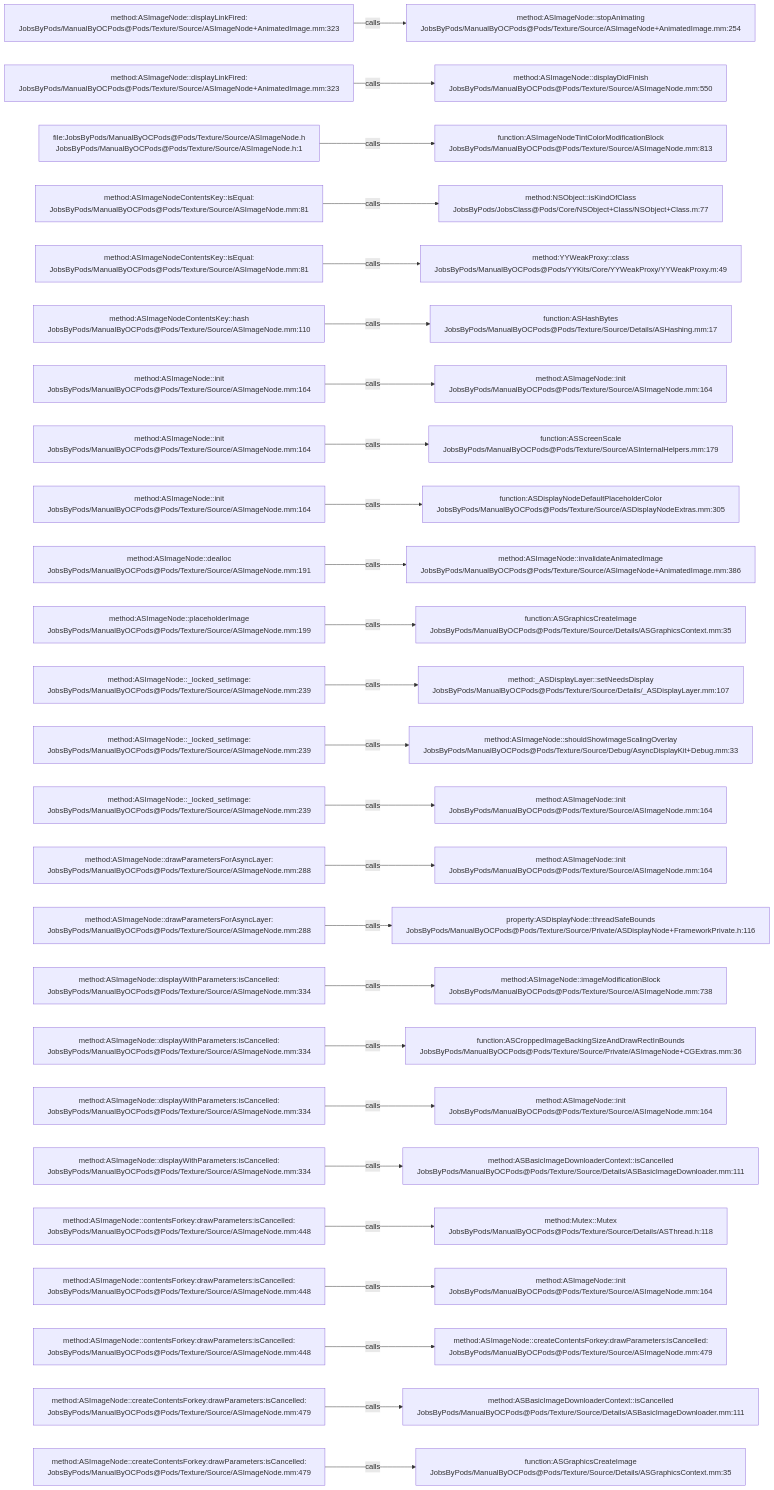
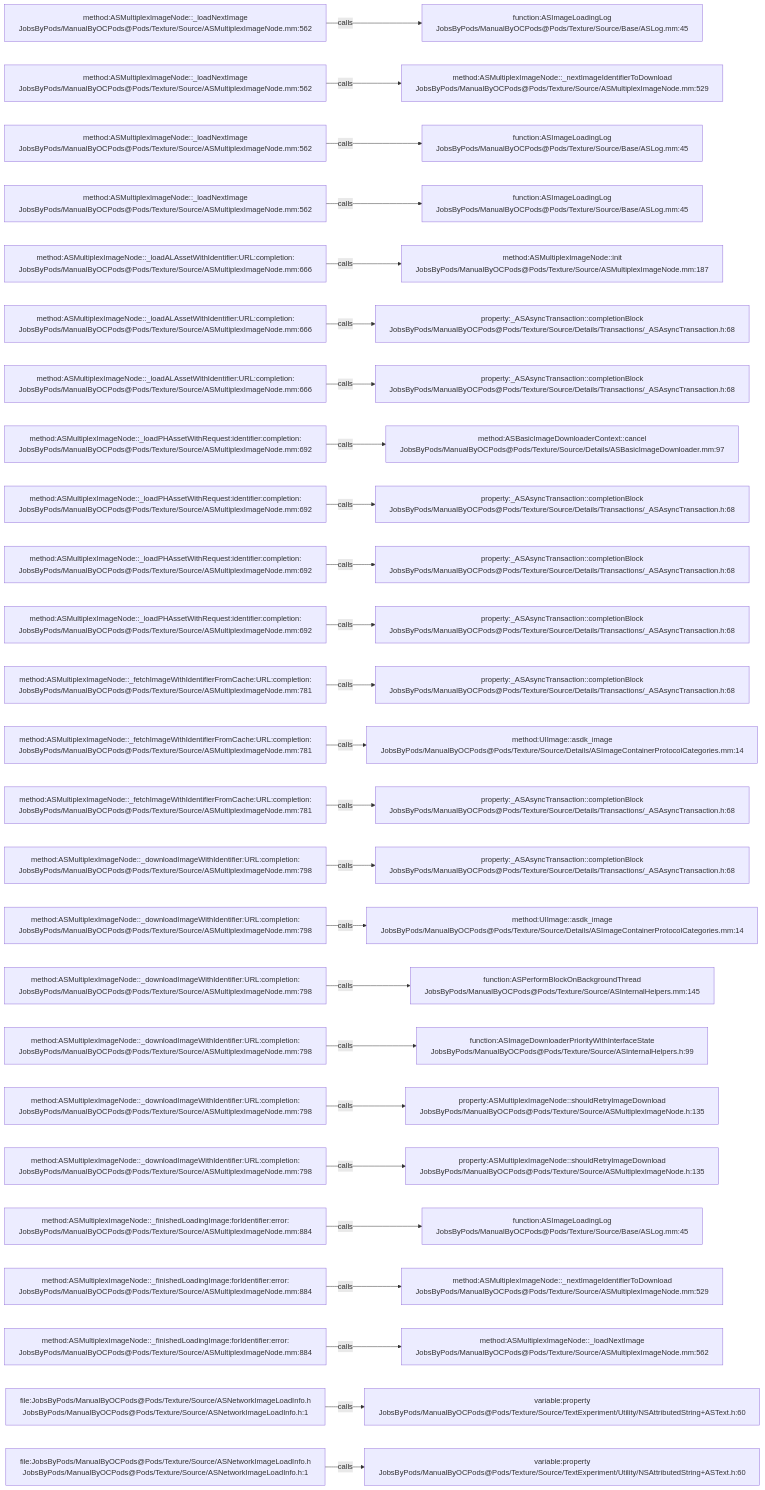
Before and after one commit to JobsKits/JobsOCBaseConfigDemo: the diagram in .codegraph/codegraph.md/graphs/calls-101.md, drawn with Mermaid. The commit also changed 2723 other files, not shown here.

````diff
--- a/.codegraph/codegraph.md/graphs/calls-101.md
+++ b/.codegraph/codegraph.md/graphs/calls-101.md
@@ -13,78 +13,78 @@
 ```mermaid
 flowchart LR
-  S1["method:ASImageNode::displayLinkFired:<br/>JobsByPods/ManualByOCPods@Pods/Texture/Source/ASImageNode+AnimatedImage.mm:323"]
-  T1["method:ASImageNode::stopAnimating<br/>JobsByPods/ManualByOCPods@Pods/Texture/Source/ASImageNode+AnimatedImage.mm:254"]
+  S1["method:ASMultiplexImageNode::_loadNextImage<br/>JobsByPods/ManualByOCPods@Pods/Texture/Source/ASMultiplexImageNode.mm:562"]
+  T1["function:ASImageLoadingLog<br/>JobsByPods/ManualByOCPods@Pods/Texture/Source/Base/ASLog.mm:45"]
   S1 -->|calls| T1
-  S2["method:ASImageNode::displayLinkFired:<br/>JobsByPods/ManualByOCPods@Pods/Texture/Source/ASImageNode+AnimatedImage.mm:323"]
-  T2["method:ASImageNode::displayDidFinish<br/>JobsByPods/ManualByOCPods@Pods/Texture/Source/ASImageNode.mm:550"]
+  S2["method:ASMultiplexImageNode::_loadNextImage<br/>JobsByPods/ManualByOCPods@Pods/Texture/Source/ASMultiplexImageNode.mm:562"]
+  T2["method:ASMultiplexImageNode::_nextImageIdentifierToDownload<br/>JobsByPods/ManualByOCPods@Pods/Texture/Source/ASMultiplexImageNode.mm:529"]
   S2 -->|calls| T2
-  S3["file:JobsByPods/ManualByOCPods@Pods/Texture/Source/ASImageNode.h<br/>JobsByPods/ManualByOCPods@Pods/Texture/Source/ASImageNode.h:1"]
-  T3["function:ASImageNodeTintColorModificationBlock<br/>JobsByPods/ManualByOCPods@Pods/Texture/Source/ASImageNode.mm:813"]
+  S3["method:ASMultiplexImageNode::_loadNextImage<br/>JobsByPods/ManualByOCPods@Pods/Texture/Source/ASMultiplexImageNode.mm:562"]
+  T3["function:ASImageLoadingLog<br/>JobsByPods/ManualByOCPods@Pods/Texture/Source/Base/ASLog.mm:45"]
   S3 -->|calls| T3
-  S4["method:ASImageNodeContentsKey::isEqual:<br/>JobsByPods/ManualByOCPods@Pods/Texture/Source/ASImageNode.mm:81"]
-  T4["method:NSObject::isKindOfClass<br/>JobsByPods/JobsClass@Pods/Core/NSObject+Class/NSObject+Class.m:77"]
+  S4["method:ASMultiplexImageNode::_loadNextImage<br/>JobsByPods/ManualByOCPods@Pods/Texture/Source/ASMultiplexImageNode.mm:562"]
+  T4["function:ASImageLoadingLog<br/>JobsByPods/ManualByOCPods@Pods/Texture/Source/Base/ASLog.mm:45"]
   S4 -->|calls| T4
-  S5["method:ASImageNodeContentsKey::isEqual:<br/>JobsByPods/ManualByOCPods@Pods/Texture/Source/ASImageNode.mm:81"]
-  T5["method:YYWeakProxy::class<br/>JobsByPods/ManualByOCPods@Pods/YYKits/Core/YYWeakProxy/YYWeakProxy.m:49"]
+  S5["method:ASMultiplexImageNode::_loadALAssetWithIdentifier:URL:completion:<br/>JobsByPods/ManualByOCPods@Pods/Texture/Source/ASMultiplexImageNode.mm:666"]
+  T5["method:ASMultiplexImageNode::init<br/>JobsByPods/ManualByOCPods@Pods/Texture/Source/ASMultiplexImageNode.mm:187"]
   S5 -->|calls| T5
-  S6["method:ASImageNodeContentsKey::hash<br/>JobsByPods/ManualByOCPods@Pods/Texture/Source/ASImageNode.mm:110"]
-  T6["function:ASHashBytes<br/>JobsByPods/ManualByOCPods@Pods/Texture/Source/Details/ASHashing.mm:17"]
+  S6["method:ASMultiplexImageNode::_loadALAssetWithIdentifier:URL:completion:<br/>JobsByPods/ManualByOCPods@Pods/Texture/Source/ASMultiplexImageNode.mm:666"]
+  T6["property:_ASAsyncTransaction::completionBlock<br/>JobsByPods/ManualByOCPods@Pods/Texture/Source/Details/Transactions/_ASAsyncTransaction.h:68"]
   S6 -->|calls| T6
-  S7["method:ASImageNode::init<br/>JobsByPods/ManualByOCPods@Pods/Texture/Source/ASImageNode.mm:164"]
-  T7["method:ASImageNode::init<br/>JobsByPods/ManualByOCPods@Pods/Texture/Source/ASImageNode.mm:164"]
+  S7["method:ASMultiplexImageNode::_loadALAssetWithIdentifier:URL:completion:<br/>JobsByPods/ManualByOCPods@Pods/Texture/Source/ASMultiplexImageNode.mm:666"]
+  T7["property:_ASAsyncTransaction::completionBlock<br/>JobsByPods/ManualByOCPods@Pods/Texture/Source/Details/Transactions/_ASAsyncTransaction.h:68"]
   S7 -->|calls| T7
-  S8["method:ASImageNode::init<br/>JobsByPods/ManualByOCPods@Pods/Texture/Source/ASImageNode.mm:164"]
-  T8["function:ASScreenScale<br/>JobsByPods/ManualByOCPods@Pods/Texture/Source/ASInternalHelpers.mm:179"]
+  S8["method:ASMultiplexImageNode::_loadPHAssetWithRequest:identifier:completion:<br/>JobsByPods/ManualByOCPods@Pods/Texture/Source/ASMultiplexImageNode.mm:692"]
+  T8["method:ASBasicImageDownloaderContext::cancel<br/>JobsByPods/ManualByOCPods@Pods/Texture/Source/Details/ASBasicImageDownloader.mm:97"]
   S8 -->|calls| T8
-  S9["method:ASImageNode::init<br/>JobsByPods/ManualByOCPods@Pods/Texture/Source/ASImageNode.mm:164"]
-  T9["function:ASDisplayNodeDefaultPlaceholderColor<br/>JobsByPods/ManualByOCPods@Pods/Texture/Source/ASDisplayNodeExtras.mm:305"]
+  S9["method:ASMultiplexImageNode::_loadPHAssetWithRequest:identifier:completion:<br/>JobsByPods/ManualByOCPods@Pods/Texture/Source/ASMultiplexImageNode.mm:692"]
+  T9["property:_ASAsyncTransaction::completionBlock<br/>JobsByPods/ManualByOCPods@Pods/Texture/Source/Details/Transactions/_ASAsyncTransaction.h:68"]
   S9 -->|calls| T9
-  S10["method:ASImageNode::dealloc<br/>JobsByPods/ManualByOCPods@Pods/Texture/Source/ASImageNode.mm:191"]
-  T10["method:ASImageNode::invalidateAnimatedImage<br/>JobsByPods/ManualByOCPods@Pods/Texture/Source/ASImageNode+AnimatedImage.mm:386"]
+  S10["method:ASMultiplexImageNode::_loadPHAssetWithRequest:identifier:completion:<br/>JobsByPods/ManualByOCPods@Pods/Texture/Source/ASMultiplexImageNode.mm:692"]
+  T10["property:_ASAsyncTransaction::completionBlock<br/>JobsByPods/ManualByOCPods@Pods/Texture/Source/Details/Transactions/_ASAsyncTransaction.h:68"]
   S10 -->|calls| T10
-  S11["method:ASImageNode::placeholderImage<br/>JobsByPods/ManualByOCPods@Pods/Texture/Source/ASImageNode.mm:199"]
-  T11["function:ASGraphicsCreateImage<br/>JobsByPods/ManualByOCPods@Pods/Texture/Source/Details/ASGraphicsContext.mm:35"]
+  S11["method:ASMultiplexImageNode::_loadPHAssetWithRequest:identifier:completion:<br/>JobsByPods/ManualByOCPods@Pods/Texture/Source/ASMultiplexImageNode.mm:692"]
+  T11["property:_ASAsyncTransaction::completionBlock<br/>JobsByPods/ManualByOCPods@Pods/Texture/Source/Details/Transactions/_ASAsyncTransaction.h:68"]
   S11 -->|calls| T11
-  S12["method:ASImageNode::_locked_setImage:<br/>JobsByPods/ManualByOCPods@Pods/Texture/Source/ASImageNode.mm:239"]
-  T12["method:_ASDisplayLayer::setNeedsDisplay<br/>JobsByPods/ManualByOCPods@Pods/Texture/Source/Details/_ASDisplayLayer.mm:107"]
+  S12["method:ASMultiplexImageNode::_fetchImageWithIdentifierFromCache:URL:completion:<br/>JobsByPods/ManualByOCPods@Pods/Texture/Source/ASMultiplexImageNode.mm:781"]
+  T12["property:_ASAsyncTransaction::completionBlock<br/>JobsByPods/ManualByOCPods@Pods/Texture/Source/Details/Transactions/_ASAsyncTransaction.h:68"]
   S12 -->|calls| T12
-  S13["method:ASImageNode::_locked_setImage:<br/>JobsByPods/ManualByOCPods@Pods/Texture/Source/ASImageNode.mm:239"]
-  T13["method:ASImageNode::shouldShowImageScalingOverlay<br/>JobsByPods/ManualByOCPods@Pods/Texture/Source/Debug/AsyncDisplayKit+Debug.mm:33"]
+  S13["method:ASMultiplexImageNode::_fetchImageWithIdentifierFromCache:URL:completion:<br/>JobsByPods/ManualByOCPods@Pods/Texture/Source/ASMultiplexImageNode.mm:781"]
+  T13["method:UIImage::asdk_image<br/>JobsByPods/ManualByOCPods@Pods/Texture/Source/Details/ASImageContainerProtocolCategories.mm:14"]
   S13 -->|calls| T13
-  S14["method:ASImageNode::_locked_setImage:<br/>JobsByPods/ManualByOCPods@Pods/Texture/Source/ASImageNode.mm:239"]
-  T14["method:ASImageNode::init<br/>JobsByPods/ManualByOCPods@Pods/Texture/Source/ASImageNode.mm:164"]
+  S14["method:ASMultiplexImageNode::_fetchImageWithIdentifierFromCache:URL:completion:<br/>JobsByPods/ManualByOCPods@Pods/Texture/Source/ASMultiplexImageNode.mm:781"]
+  T14["property:_ASAsyncTransaction::completionBlock<br/>JobsByPods/ManualByOCPods@Pods/Texture/Source/Details/Transactions/_ASAsyncTransaction.h:68"]
   S14 -->|calls| T14
-  S15["method:ASImageNode::drawParametersForAsyncLayer:<br/>JobsByPods/ManualByOCPods@Pods/Texture/Source/ASImageNode.mm:288"]
-  T15["method:ASImageNode::init<br/>JobsByPods/ManualByOCPods@Pods/Texture/Source/ASImageNode.mm:164"]
+  S15["method:ASMultiplexImageNode::_downloadImageWithIdentifier:URL:completion:<br/>JobsByPods/ManualByOCPods@Pods/Texture/Source/ASMultiplexImageNode.mm:798"]
+  T15["property:_ASAsyncTransaction::completionBlock<br/>JobsByPods/ManualByOCPods@Pods/Texture/Source/Details/Transactions/_ASAsyncTransaction.h:68"]
   S15 -->|calls| T15
-  S16["method:ASImageNode::drawParametersForAsyncLayer:<br/>JobsByPods/ManualByOCPods@Pods/Texture/Source/ASImageNode.mm:288"]
-  T16["property:ASDisplayNode::threadSafeBounds<br/>JobsByPods/ManualByOCPods@Pods/Texture/Source/Private/ASDisplayNode+FrameworkPrivate.h:116"]
+  S16["method:ASMultiplexImageNode::_downloadImageWithIdentifier:URL:completion:<br/>JobsByPods/ManualByOCPods@Pods/Texture/Source/ASMultiplexImageNode.mm:798"]
+  T16["method:UIImage::asdk_image<br/>JobsByPods/ManualByOCPods@Pods/Texture/Source/Details/ASImageContainerProtocolCategories.mm:14"]
   S16 -->|calls| T16
-  S17["method:ASImageNode::displayWithParameters:isCancelled:<br/>JobsByPods/ManualByOCPods@Pods/Texture/Source/ASImageNode.mm:334"]
-  T17["method:ASImageNode::imageModificationBlock<br/>JobsByPods/ManualByOCPods@Pods/Texture/Source/ASImageNode.mm:738"]
+  S17["method:ASMultiplexImageNode::_downloadImageWithIdentifier:URL:completion:<br/>JobsByPods/ManualByOCPods@Pods/Texture/Source/ASMultiplexImageNode.mm:798"]
+  T17["function:ASPerformBlockOnBackgroundThread<br/>JobsByPods/ManualByOCPods@Pods/Texture/Source/ASInternalHelpers.mm:145"]
   S17 -->|calls| T17
-  S18["method:ASImageNode::displayWithParameters:isCancelled:<br/>JobsByPods/ManualByOCPods@Pods/Texture/Source/ASImageNode.mm:334"]
-  T18["function:ASCroppedImageBackingSizeAndDrawRectInBounds<br/>JobsByPods/ManualByOCPods@Pods/Texture/Source/Private/ASImageNode+CGExtras.mm:36"]
+  S18["method:ASMultiplexImageNode::_downloadImageWithIdentifier:URL:completion:<br/>JobsByPods/ManualByOCPods@Pods/Texture/Source/ASMultiplexImageNode.mm:798"]
+  T18["function:ASImageDownloaderPriorityWithInterfaceState<br/>JobsByPods/ManualByOCPods@Pods/Texture/Source/ASInternalHelpers.h:99"]
   S18 -->|calls| T18
-  S19["method:ASImageNode::displayWithParameters:isCancelled:<br/>JobsByPods/ManualByOCPods@Pods/Texture/Source/ASImageNode.mm:334"]
-  T19["method:ASImageNode::init<br/>JobsByPods/ManualByOCPods@Pods/Texture/Source/ASImageNode.mm:164"]
+  S19["method:ASMultiplexImageNode::_downloadImageWithIdentifier:URL:completion:<br/>JobsByPods/ManualByOCPods@Pods/Texture/Source/ASMultiplexImageNode.mm:798"]
+  T19["property:ASMultiplexImageNode::shouldRetryImageDownload<br/>JobsByPods/ManualByOCPods@Pods/Texture/Source/ASMultiplexImageNode.h:135"]
   S19 -->|calls| T19
-  S20["method:ASImageNode::displayWithParameters:isCancelled:<br/>JobsByPods/ManualByOCPods@Pods/Texture/Source/ASImageNode.mm:334"]
-  T20["method:ASBasicImageDownloaderContext::isCancelled<br/>JobsByPods/ManualByOCPods@Pods/Texture/Source/Details/ASBasicImageDownloader.mm:111"]
+  S20["method:ASMultiplexImageNode::_downloadImageWithIdentifier:URL:completion:<br/>JobsByPods/ManualByOCPods@Pods/Texture/Source/ASMultiplexImageNode.mm:798"]
+  T20["property:ASMultiplexImageNode::shouldRetryImageDownload<br/>JobsByPods/ManualByOCPods@Pods/Texture/Source/ASMultiplexImageNode.h:135"]
   S20 -->|calls| T20
-  S21["method:ASImageNode::contentsForkey:drawParameters:isCancelled:<br/>JobsByPods/ManualByOCPods@Pods/Texture/Source/ASImageNode.mm:448"]
-  T21["method:Mutex::Mutex<br/>JobsByPods/ManualByOCPods@Pods/Texture/Source/Details/ASThread.h:118"]
+  S21["method:ASMultiplexImageNode::_finishedLoadingImage:forIdentifier:error:<br/>JobsByPods/ManualByOCPods@Pods/Texture/Source/ASMultiplexImageNode.mm:884"]
+  T21["function:ASImageLoadingLog<br/>JobsByPods/ManualByOCPods@Pods/Texture/Source/Base/ASLog.mm:45"]
   S21 -->|calls| T21
-  S22["method:ASImageNode::contentsForkey:drawParameters:isCancelled:<br/>JobsByPods/ManualByOCPods@Pods/Texture/Source/ASImageNode.mm:448"]
-  T22["method:ASImageNode::init<br/>JobsByPods/ManualByOCPods@Pods/Texture/Source/ASImageNode.mm:164"]
+  S22["method:ASMultiplexImageNode::_finishedLoadingImage:forIdentifier:error:<br/>JobsByPods/ManualByOCPods@Pods/Texture/Source/ASMultiplexImageNode.mm:884"]
+  T22["method:ASMultiplexImageNode::_nextImageIdentifierToDownload<br/>JobsByPods/ManualByOCPods@Pods/Texture/Source/ASMultiplexImageNode.mm:529"]
   S22 -->|calls| T22
-  S23["method:ASImageNode::contentsForkey:drawParameters:isCancelled:<br/>JobsByPods/ManualByOCPods@Pods/Texture/Source/ASImageNode.mm:448"]
-  T23["method:ASImageNode::createContentsForkey:drawParameters:isCancelled:<br/>JobsByPods/ManualByOCPods@Pods/Texture/Source/ASImageNode.mm:479"]
+  S23["method:ASMultiplexImageNode::_finishedLoadingImage:forIdentifier:error:<br/>JobsByPods/ManualByOCPods@Pods/Texture/Source/ASMultiplexImageNode.mm:884"]
+  T23["method:ASMultiplexImageNode::_loadNextImage<br/>JobsByPods/ManualByOCPods@Pods/Texture/Source/ASMultiplexImageNode.mm:562"]
   S23 -->|calls| T23
-  S24["method:ASImageNode::createContentsForkey:drawParameters:isCancelled:<br/>JobsByPods/ManualByOCPods@Pods/Texture/Source/ASImageNode.mm:479"]
-  T24["method:ASBasicImageDownloaderContext::isCancelled<br/>JobsByPods/ManualByOCPods@Pods/Texture/Source/Details/ASBasicImageDownloader.mm:111"]
+  S24["file:JobsByPods/ManualByOCPods@Pods/Texture/Source/ASNetworkImageLoadInfo.h<br/>JobsByPods/ManualByOCPods@Pods/Texture/Source/ASNetworkImageLoadInfo.h:1"]
+  T24["variable:property<br/>JobsByPods/ManualByOCPods@Pods/Texture/Source/TextExperiment/Utility/NSAttributedString+ASText.h:60"]
   S24 -->|calls| T24
-  S25["method:ASImageNode::createContentsForkey:drawParameters:isCancelled:<br/>JobsByPods/ManualByOCPods@Pods/Texture/Source/ASImageNode.mm:479"]
-  T25["function:ASGraphicsCreateImage<br/>JobsByPods/ManualByOCPods@Pods/Texture/Source/Details/ASGraphicsContext.mm:35"]
+  S25["file:JobsByPods/ManualByOCPods@Pods/Texture/Source/ASNetworkImageLoadInfo.h<br/>JobsByPods/ManualByOCPods@Pods/Texture/Source/ASNetworkImageLoadInfo.h:1"]
+  T25["variable:property<br/>JobsByPods/ManualByOCPods@Pods/Texture/Source/TextExperiment/Utility/NSAttributedString+ASText.h:60"]
   S25 -->|calls| T25
 ```
````
